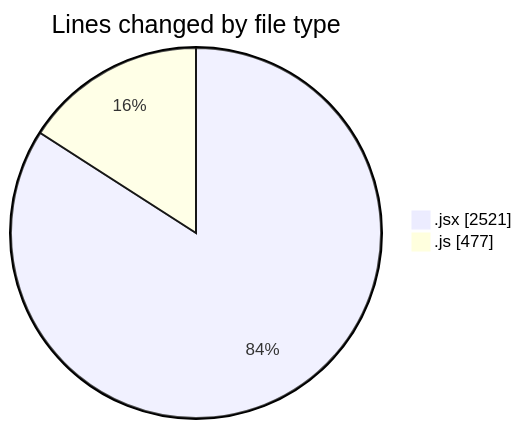
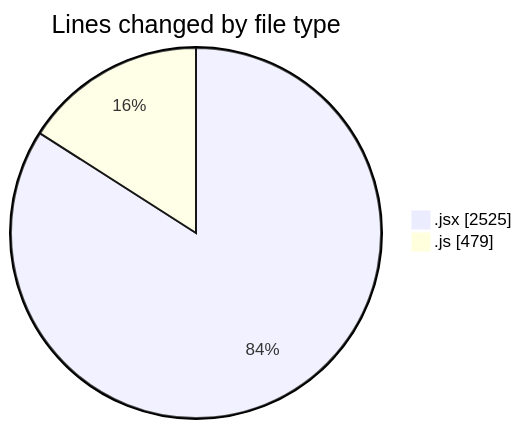
Before and after one commit to nxtqubesakshisongat/code-tracking: the first of 2 diagrams in 2026-01-20/nxtqube_webapp/README.md, drawn with Mermaid. The commit also changed other lines of this file and 1 other file, not shown here.

````diff
--- a/2026-01-20/nxtqube_webapp/README.md
+++ b/2026-01-20/nxtqube_webapp/README.md
@@ -23,6 +23,6 @@
 ```mermaid
 pie showData
 title Lines changed by file type
-".jsx" : 2521
-".js" : 477
+".jsx" : 2525
+".js" : 479
 ```
````
